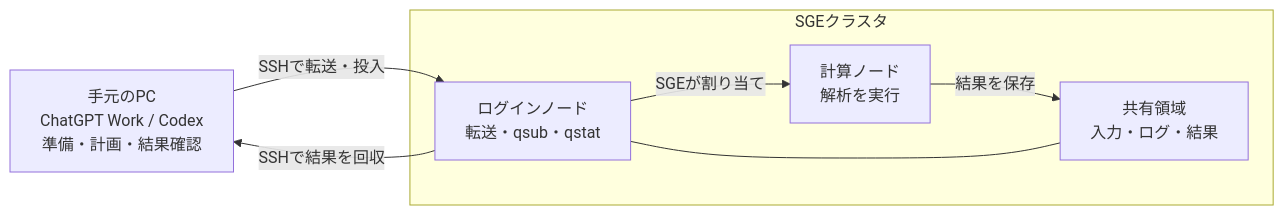
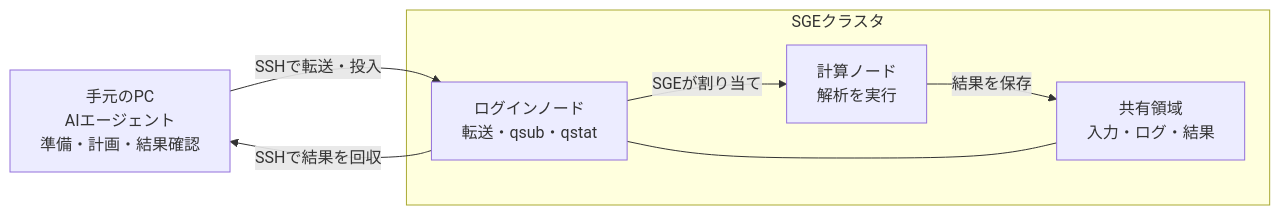
One commit to atollray/sge-hpc changed the first of 2 diagrams in README.md. Above: the diagram before and after it, drawn with Mermaid. The commit also changed other lines of this file and 2 other files, not shown here.

````diff
--- a/README.md
+++ b/README.md
@@ -7,14 +7,14 @@
 ```mermaid
 flowchart LR
-    P[手元のPC<br/>ChatGPT Work / Codex<br/>準備・計画・結果確認]
+    P[手元のPC<br/>AIエージェント<br/>準備・計画・結果確認]
     subgraph cluster[SGEクラスタ]
         L[ログインノード<br/>転送・qsub・qstat]
         C[計算ノード<br/>解析を実行]
         D[共有領域<br/>入力・ログ・結果]
         L -->|SGEが割り当て| C
         C -->|結果を保存| D
         L --- D
     end
     P -->|SSHで転送・投入| L
     L -->|SSHで結果を回収| P
 ```
````
